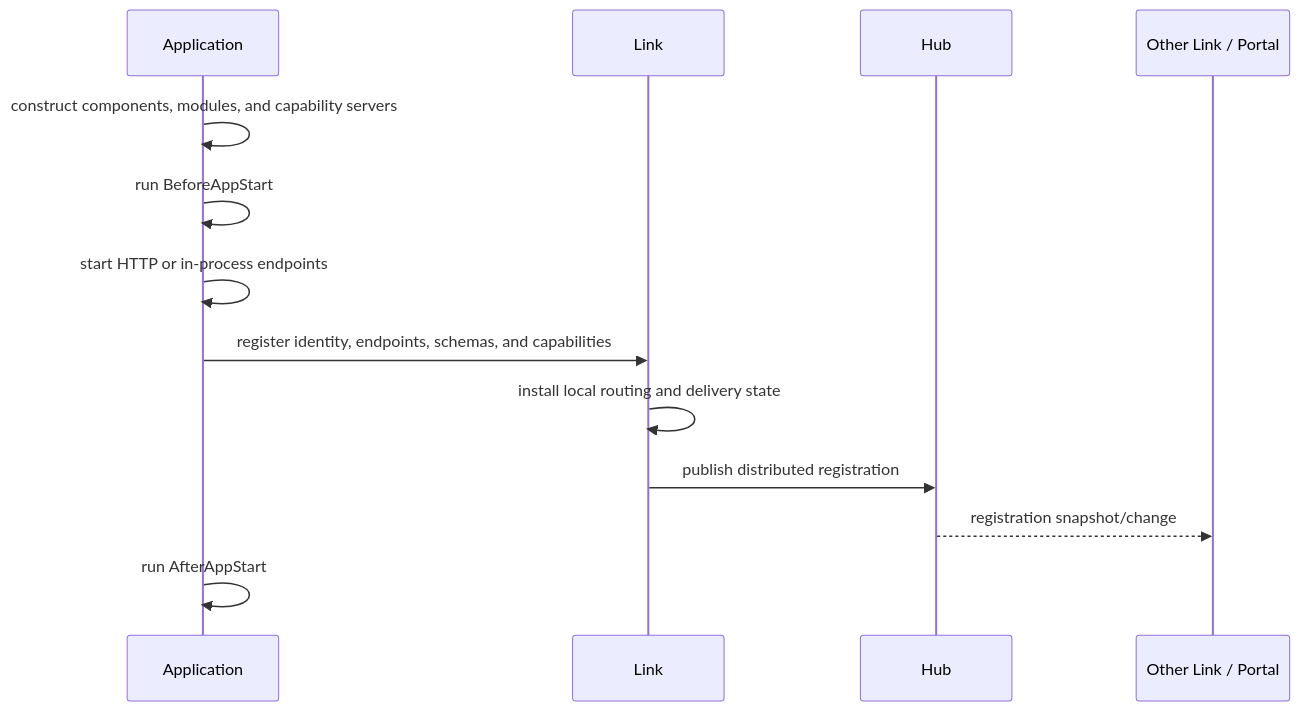
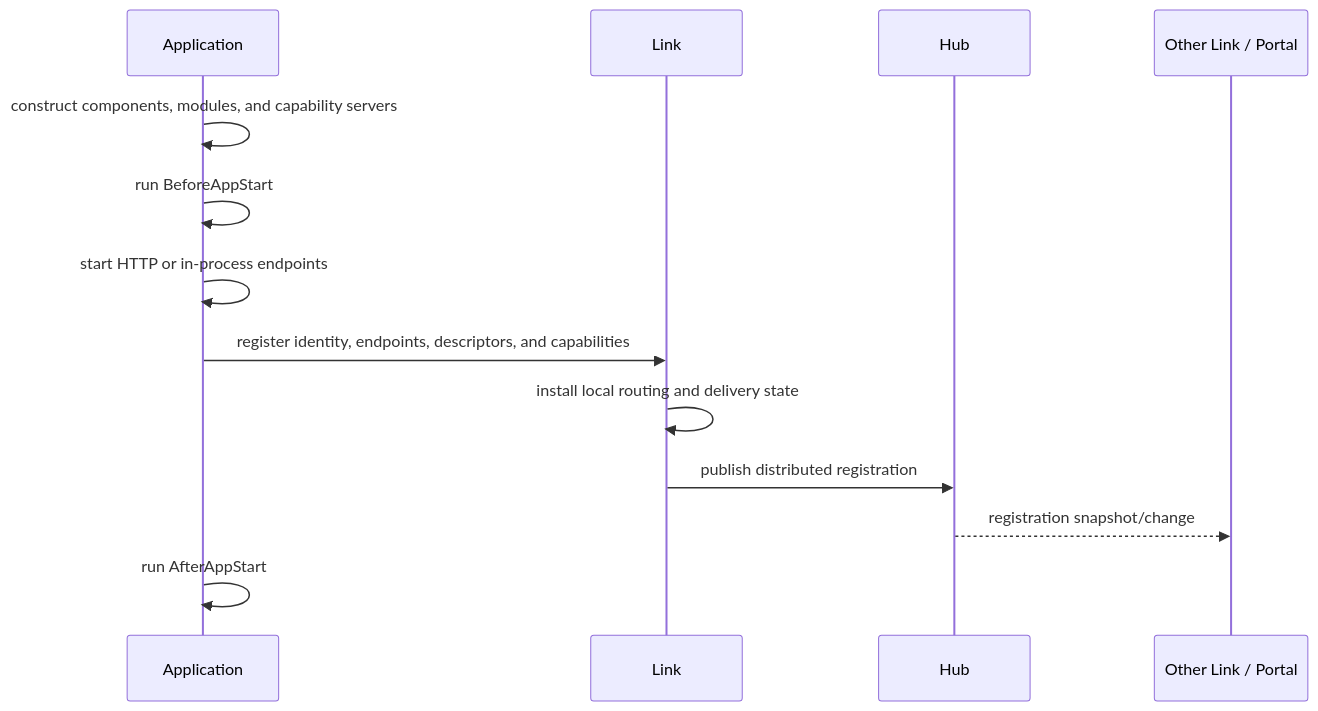
The fourth of 5 diagrams in docs/runtime/mechanisms.md (yorun-ai/vine-site), drawn with Mermaid before and after one commit. The commit also changed other lines of this file and 20 other files, not shown here.

````diff
--- a/docs/runtime/mechanisms.md
+++ b/docs/runtime/mechanisms.md
@@ -191,16 +191,16 @@
 ```mermaid
 sequenceDiagram
   participant App as Application
   participant RuntimeLink as Link
   participant Hub
   participant Peer as Other Link / Portal
 
   App->>App: construct components, modules, and capability servers
   App->>App: run BeforeAppStart
   App->>App: start HTTP or in-process endpoints
-  App->>RuntimeLink: register identity, endpoints, schemas, and capabilities
+  App->>RuntimeLink: register identity, endpoints, descriptors, and capabilities
   RuntimeLink->>RuntimeLink: install local routing and delivery state
   RuntimeLink->>Hub: publish distributed registration
   Hub-->>Peer: registration snapshot/change
   App->>App: run AfterAppStart
 ```
````
